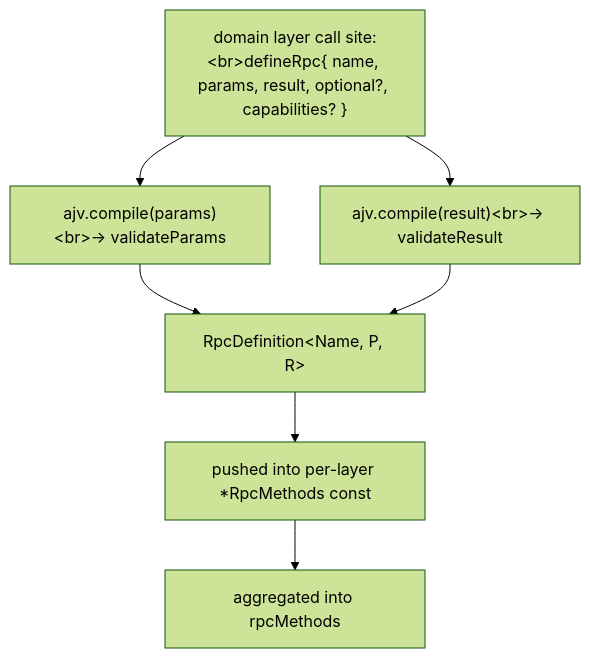
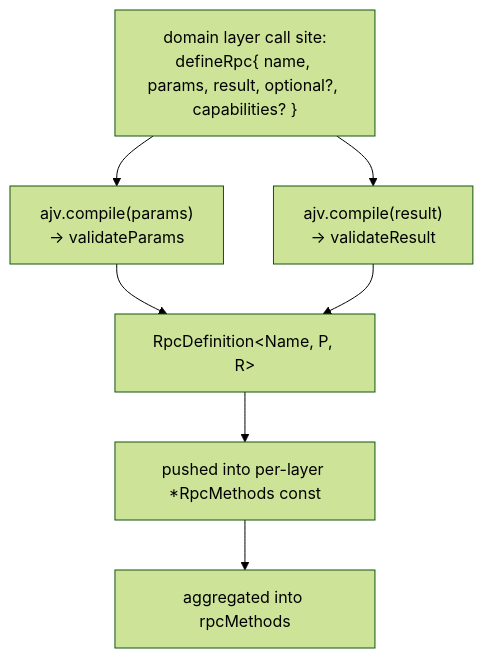
One commit to chughtapan/moltzap changed the first of 3 diagrams in packages/protocol/src/transport/MODULE.md. Above: the diagram before and after it, drawn with Mermaid (forest theme). The commit also changed other lines of this file and 33 other files, not shown here.

First line of the commit message:
docs(mermaid): use literal <br> in JSDoc sequence/state diagrams; drop dead inferConversationType test

````diff
--- a/packages/protocol/src/transport/MODULE.md
+++ b/packages/protocol/src/transport/MODULE.md
@@ -396,10 +396,10 @@
 ```mermaid
 flowchart TD
-  A["domain layer call site:&lt;br>defineRpc{ name, params, result, optional?, capabilities? }"]
-  A --> B["ajv.compile(params)&lt;br>→ validateParams"]
-  A --> C["ajv.compile(result)&lt;br>→ validateResult"]
+  A["domain layer call site:<br>defineRpc{ name, params, result, optional?, capabilities? }"]
+  A --> B["ajv.compile(params)<br>→ validateParams"]
+  A --> C["ajv.compile(result)<br>→ validateResult"]
   B --> D["RpcDefinition&lt;Name, P, R&gt;"]
   C --> D
   D --> E["pushed into per-layer *RpcMethods const"]
   E --> F["aggregated into rpcMethods"]
 ```
````
